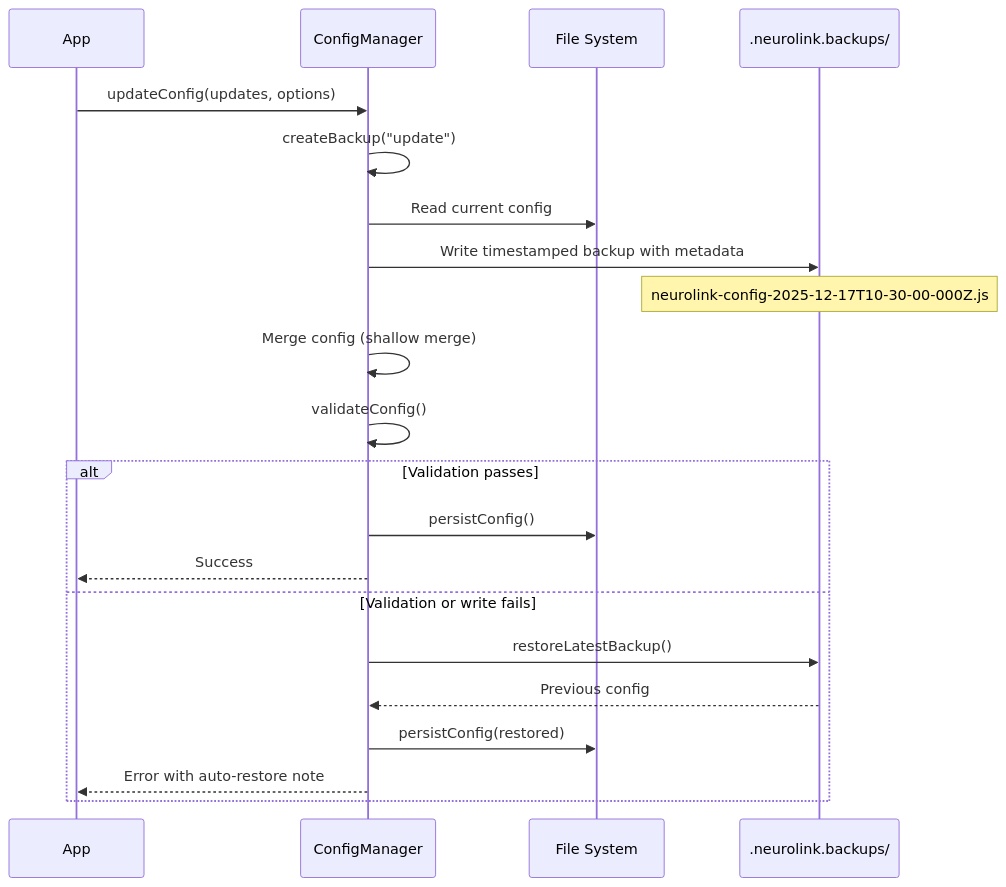
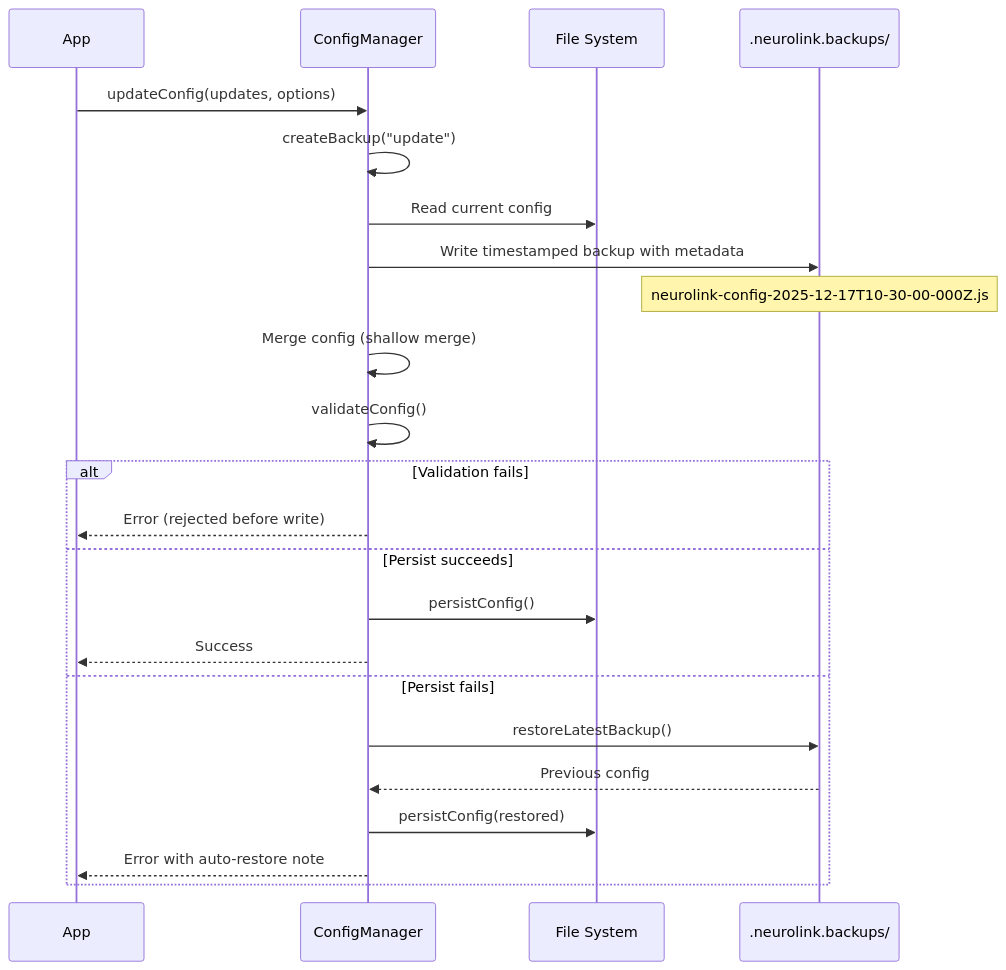
The third of 3 diagrams in _posts/2025-12-17-configuration-deep-dive.md (juspay/neurolink-blog), drawn with Mermaid before and after one commit. The commit also changed other lines of this file and 172 other files, not shown here.

````diff
--- a/_posts/2025-12-17-configuration-deep-dive.md
+++ b/_posts/2025-12-17-configuration-deep-dive.md
@@ -307,24 +310,26 @@
 ```mermaid
 sequenceDiagram
     participant App
     participant CM as ConfigManager
     participant FS as File System
     participant Backup as .neurolink.backups/
 
     App->>CM: updateConfig(updates, options)
     CM->>CM: createBackup("update")
     CM->>FS: Read current config
     CM->>Backup: Write timestamped backup with metadata
     Note over Backup: neurolink-config-2025-12-17T10-30-00-000Z.js
     CM->>CM: Merge config (shallow merge)
     CM->>CM: validateConfig()
-    alt Validation passes
+    alt Validation fails
+        CM-->>App: Error (rejected before write)
+    else Persist succeeds
         CM->>FS: persistConfig()
         CM-->>App: Success
-    else Validation or write fails
+    else Persist fails
         CM->>Backup: restoreLatestBackup()
         Backup-->>CM: Previous config
         CM->>FS: persistConfig(restored)
         CM-->>App: Error with auto-restore note
     end
 ```
````
